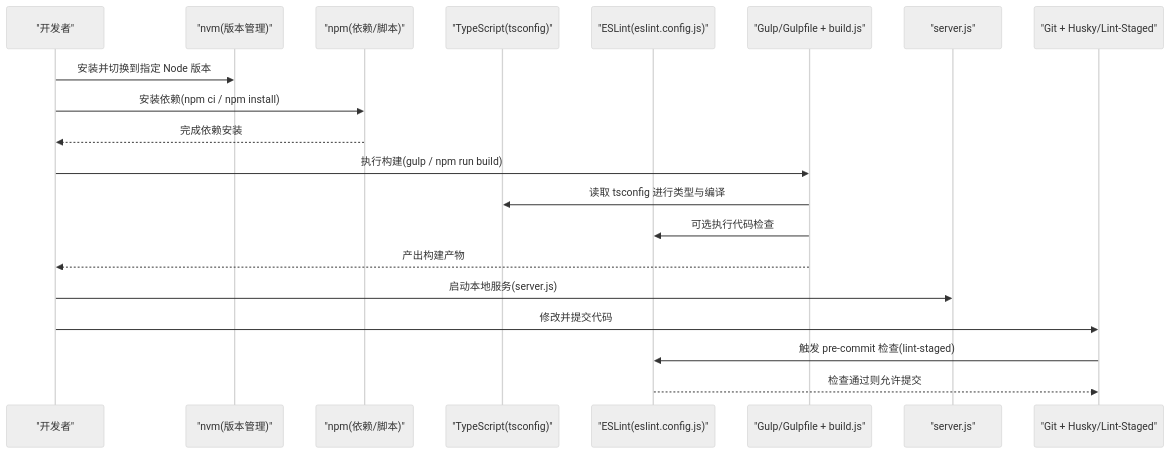
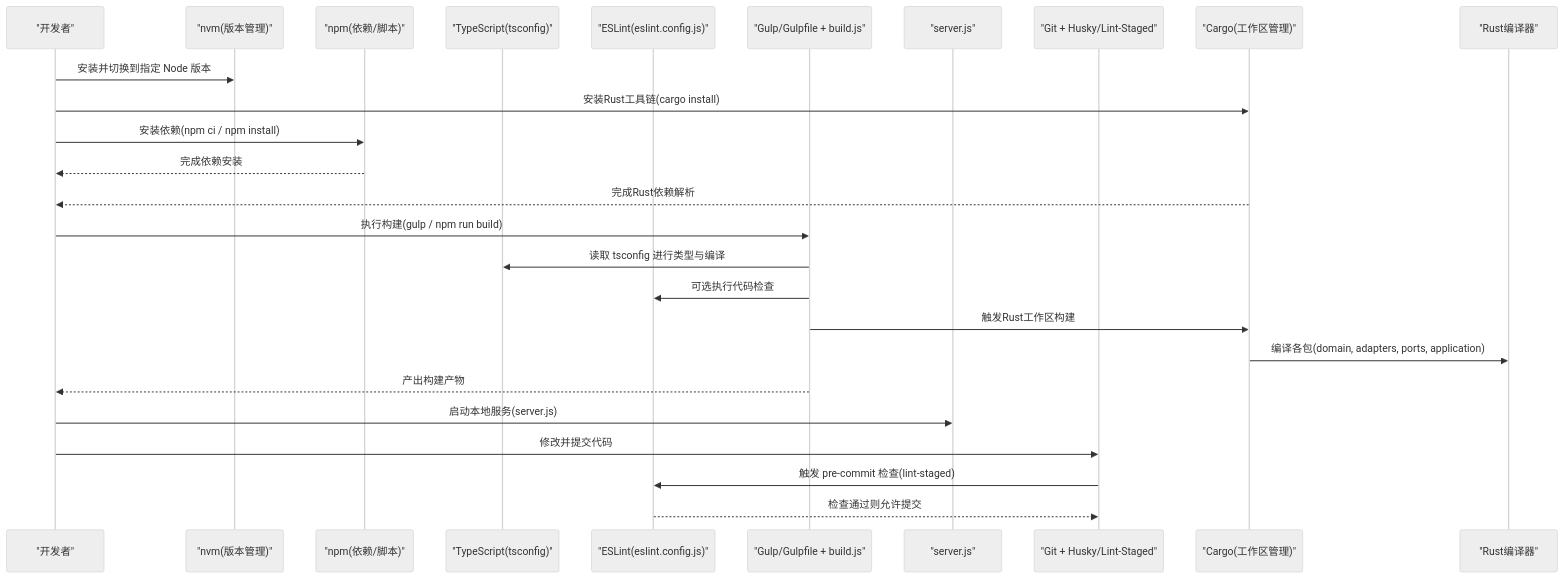
The second of 4 diagrams in .qoder/repowiki/zh/content/构建与部署/开发环境搭建.md (rzhangjing/cesium), drawn with Mermaid (neutral theme) before and after one commit. The commit also changed other lines of this file and 92 other files, not shown here.

````diff
--- a/.qoder/repowiki/zh/content/构建与部署/开发环境搭建.md
+++ b/.qoder/repowiki/zh/content/构建与部署/开发环境搭建.md
@@ -108,22 +138,28 @@
 ```mermaid
 sequenceDiagram
 participant Dev as "开发者"
 participant NVM as "nvm(版本管理)"
 participant NPM as "npm(依赖/脚本)"
 participant TS as "TypeScript(tsconfig)"
 participant LINT as "ESLint(eslint.config.js)"
 participant BUILD as "Gulp/Gulpfile + build.js"
 participant SERVER as "server.js"
 participant GIT as "Git + Husky/Lint-Staged"
+participant CARGO as "Cargo(工作区管理)"
+participant RUSTC as "Rust编译器"
 Dev->>NVM : 安装并切换到指定 Node 版本
+Dev->>CARGO : 安装Rust工具链(cargo install)
 Dev->>NPM : 安装依赖(npm ci / npm install)
 NPM-->>Dev : 完成依赖安装
+CARGO-->>Dev : 完成Rust依赖解析
 Dev->>BUILD : 执行构建(gulp / npm run build)
 BUILD->>TS : 读取 tsconfig 进行类型与编译
 BUILD->>LINT : 可选执行代码检查
+BUILD->>CARGO : 触发Rust工作区构建
+CARGO->>RUSTC : 编译各包(domain, adapters, ports, application)
 BUILD-->>Dev : 产出构建产物
 Dev->>SERVER : 启动本地服务(server.js)
 Dev->>GIT : 修改并提交代码
 GIT->>LINT : 触发 pre-commit 检查(lint-staged)
 LINT-->>GIT : 检查通过则允许提交
 ```
````
